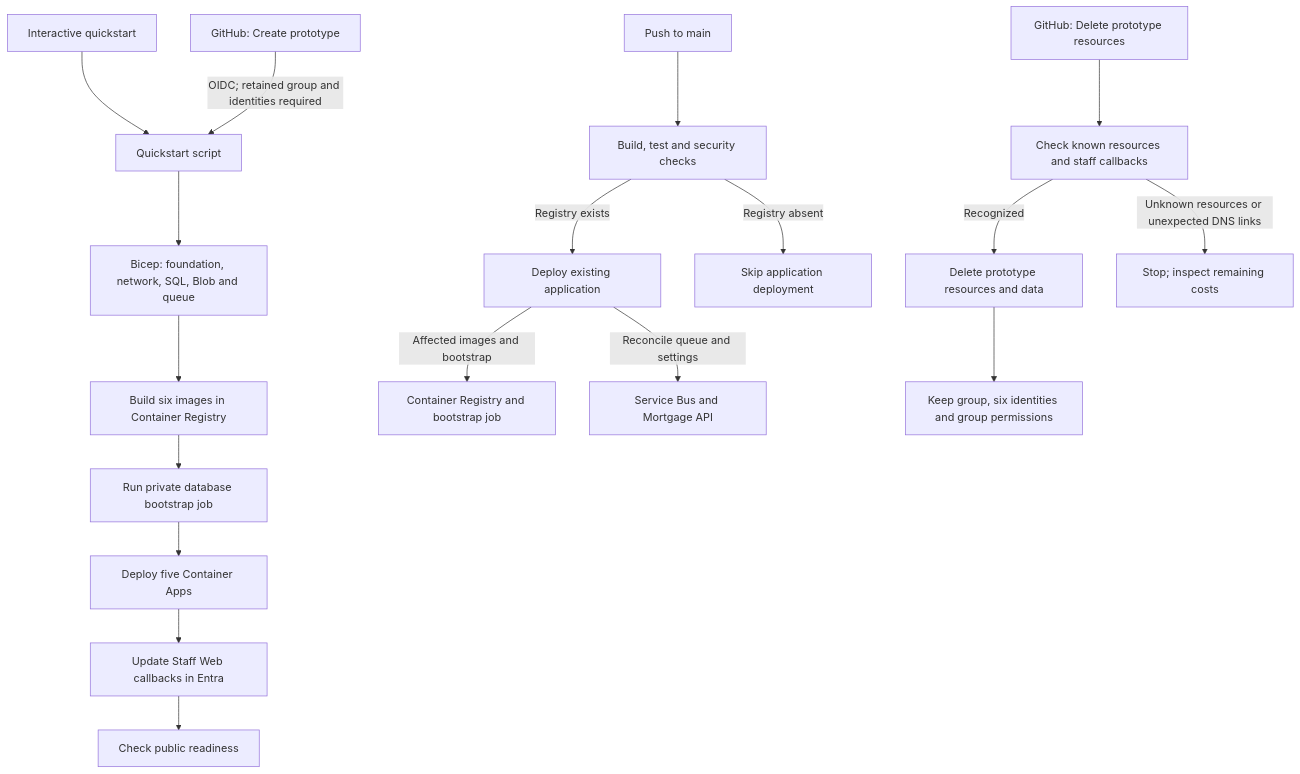
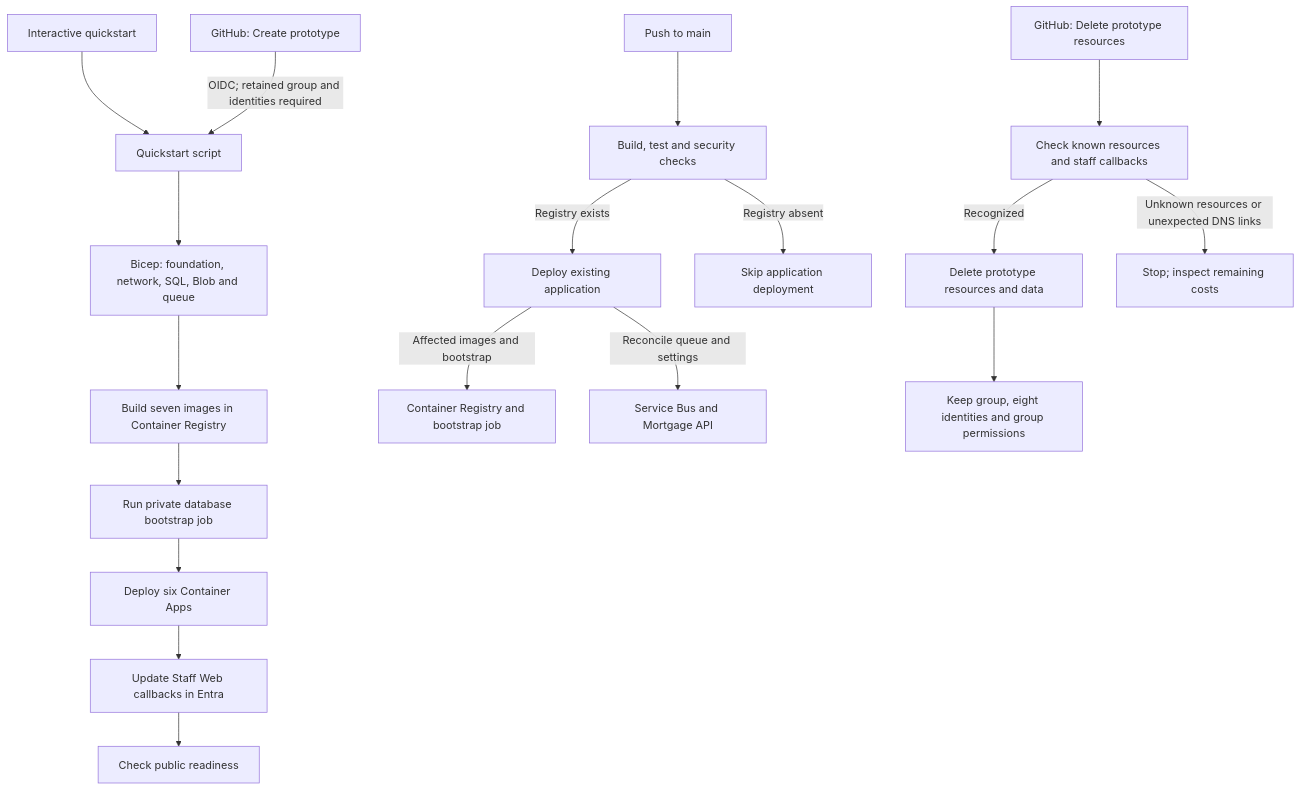
One commit to eyeballpaul/Mortgage-Processing-Application changed the fourth of 4 diagrams in docs/architecture.md. Above: the diagram before and after it, drawn with Mermaid. The commit also changed other lines of this file and 40 other files, not shown here.

````diff
--- a/docs/architecture.md
+++ b/docs/architecture.md
@@ -180,22 +188,22 @@
 ```mermaid
 flowchart TD
     Manual[Interactive quickstart] --> Script[Quickstart script]
     Create[GitHub: Create prototype] -->|OIDC; retained group and identities required| Script
     Script --> Foundation[Bicep: foundation, network, SQL, Blob and queue]
-    Foundation --> Images[Build six images in Container Registry]
+    Foundation --> Images[Build seven images in Container Registry]
     Images --> Bootstrap[Run private database bootstrap job]
-    Bootstrap --> Apps[Deploy five Container Apps]
+    Bootstrap --> Apps[Deploy six Container Apps]
     Apps --> Callbacks[Update Staff Web callbacks in Entra]
     Callbacks --> Ready[Check public readiness]
 
     Push[Push to main] --> CI[Build, test and security checks]
     CI -->|Registry exists| Update[Deploy existing application]
     Update -->|Affected images and bootstrap| Registry[Container Registry and bootstrap job]
     Update -->|Reconcile queue and settings| Notifications[Service Bus and Mortgage API]
     CI -->|Registry absent| Skip[Skip application deployment]
 
     Delete[GitHub: Delete prototype resources] --> Review[Check known resources and staff callbacks]
     Review -->|Recognized| Remove[Delete prototype resources and data]
     Review -->|Unknown resources or unexpected DNS links| Stop[Stop; inspect remaining costs]
-    Remove --> Retain[Keep group, six identities and group permissions]
+    Remove --> Retain[Keep group, eight identities and group permissions]
 ```
````
